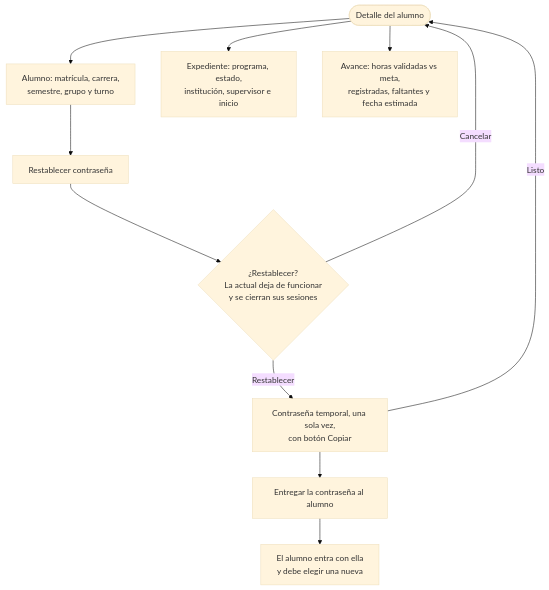
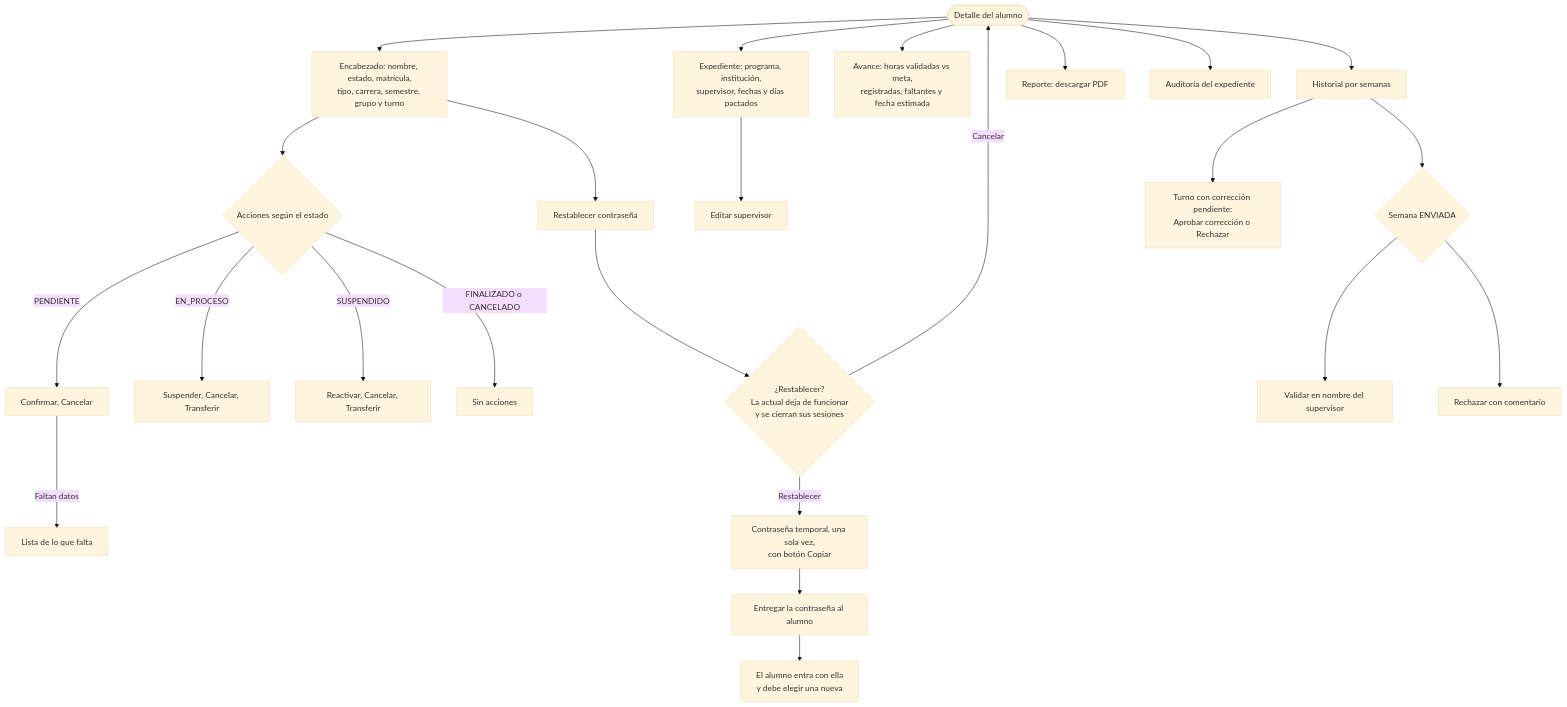
Before and after one commit to leslie-garcia801/praxis: the fifth of 12 diagrams in docs/flujo-app.md, drawn with Mermaid (base theme). The commit also changed other lines of this file and 3 other files, not shown here.

Commit message:
docs: update the app flow and the project status to iterations 1-7 and the post-MVP improvements

````diff
--- a/docs/flujo-app.md
+++ b/docs/flujo-app.md
@@ -144,13 +161,29 @@
 ```mermaid
 flowchart TD
-    D([Detalle del alumno]) --> S1[Alumno: matrícula, carrera,<br/>semestre, grupo y turno]
-    D --> S2[Expediente: programa, estado,<br/>institución, supervisor e inicio]
+    D([Detalle del alumno]) --> S1[Encabezado: nombre, estado, matrícula,<br/>tipo, carrera, semestre, grupo y turno]
+    D --> S2[Expediente: programa, institución,<br/>supervisor, fechas y días pactados]
     D --> S3[Avance: horas validadas vs meta,<br/>registradas, faltantes y fecha estimada]
+    D --> S4[Historial por semanas]
+    D --> S5[Reporte: descargar PDF]
+    D --> S6[Auditoría del expediente]
+
+    S1 --> ACC{Acciones según el estado}
+    ACC -- PENDIENTE --> A1[Confirmar, Cancelar]
+    ACC -- EN_PROCESO --> A2[Suspender, Cancelar, Transferir]
+    ACC -- SUSPENDIDO --> A3[Reactivar, Cancelar, Transferir]
+    ACC -- "FINALIZADO o CANCELADO" --> A4[Sin acciones]
+    A1 -- "Faltan datos" --> FAL[Lista de lo que falta]
+
     S1 --> RB[Restablecer contraseña]
     RB --> CF{"¿Restablecer?<br/>La actual deja de funcionar<br/>y se cierran sus sesiones"}
     CF -- Cancelar --> D
     CF -- Restablecer --> PT[Contraseña temporal, una sola vez,<br/>con botón Copiar]
     PT --> EN[Entregar la contraseña al alumno]
     EN --> AL[El alumno entra con ella<br/>y debe elegir una nueva]
-    PT -- Listo --> D
+
+    S2 --> ES[Editar supervisor]
+    S4 --> SEM{Semana ENVIADA}
+    SEM --> V[Validar en nombre del supervisor]
+    SEM --> RE[Rechazar con comentario]
+    S4 --> CO[Turno con corrección pendiente:<br/>Aprobar corrección o Rechazar]
 ```
````
